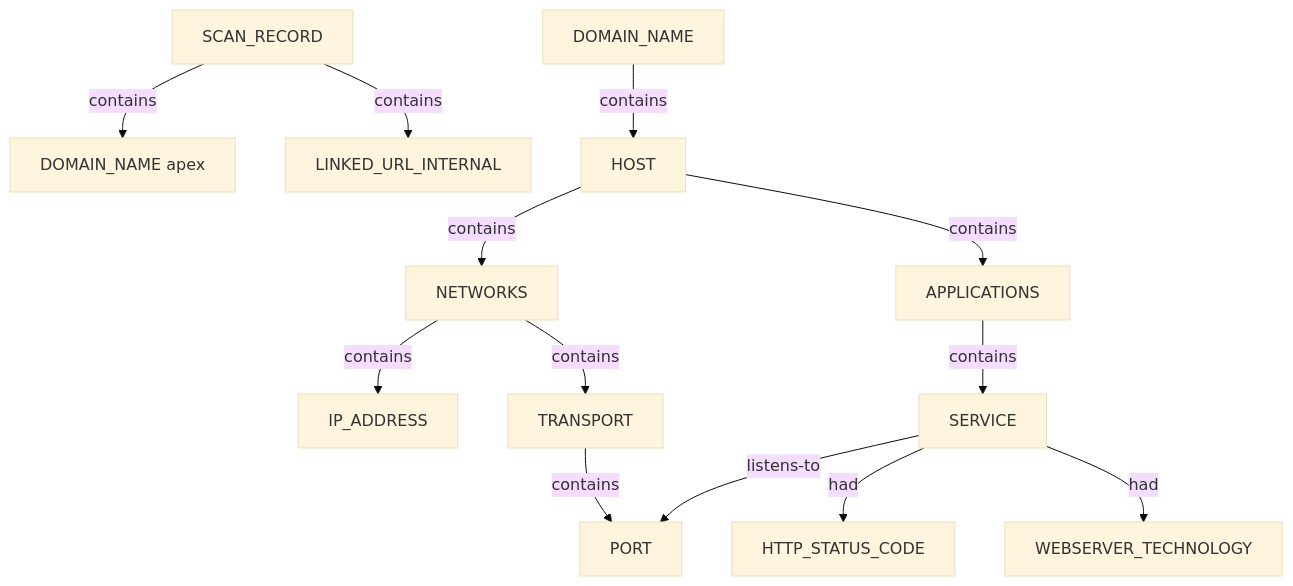
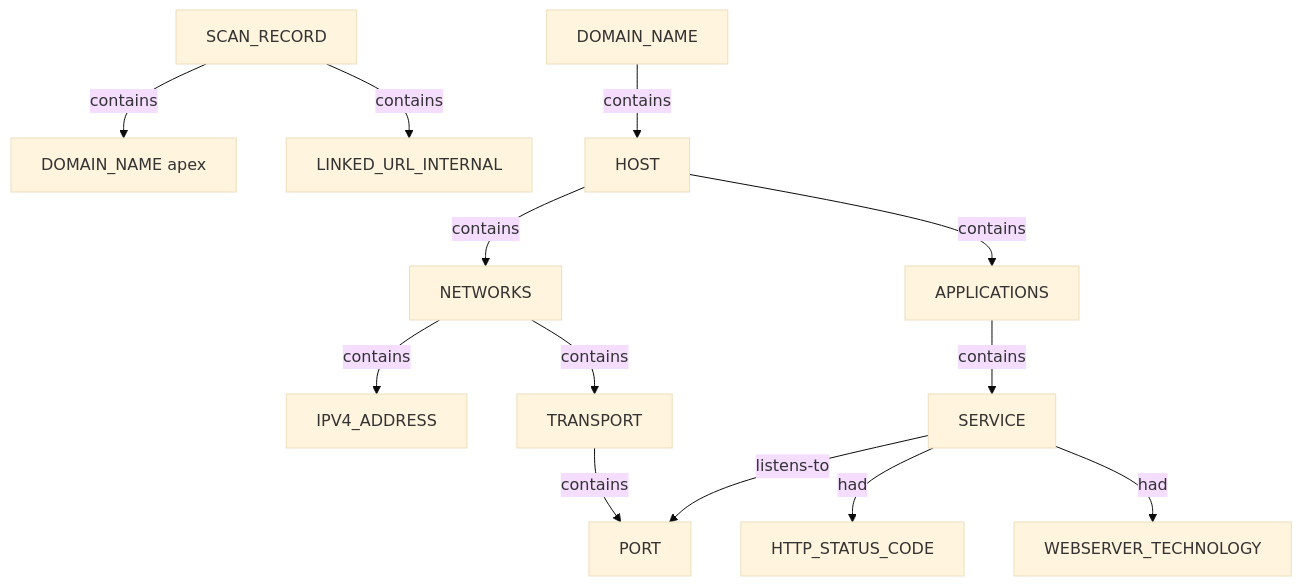
The third of 3 diagrams in modules_v2/content/httpx/graph_structure.md (brettforbes/spiderfeet), drawn with Mermaid (base theme) before and after one commit. The commit also changed other lines of this file and 170 other files, not shown here.

````diff
--- a/modules_v2/content/httpx/graph_structure.md
+++ b/modules_v2/content/httpx/graph_structure.md
@@ -67,28 +67,28 @@
 ```mermaid
 flowchart TD
   scan_record_1["SCAN_RECORD"]
   domain_name_2["DOMAIN_NAME apex"]
   linked_url_internal_3["LINKED_URL_INTERNAL"]
   domain_name_4["DOMAIN_NAME"]
   host_5["HOST"]
   networks_6["NETWORKS"]
-  ip_address_7["IP_ADDRESS"]
+  ip_address_7["IPV4_ADDRESS"]
   transport_8["TRANSPORT"]
   port_9["PORT"]
   applications_10["APPLICATIONS"]
   service_11["SERVICE"]
   http_status_code_12["HTTP_STATUS_CODE"]
   webserver_technology_13["WEBSERVER_TECHNOLOGY"]
   scan_record_1 -->|contains| domain_name_2
   scan_record_1 -->|contains| linked_url_internal_3
   domain_name_4 -->|contains| host_5
   host_5 -->|contains| networks_6
   networks_6 -->|contains| ip_address_7
   networks_6 -->|contains| transport_8
   transport_8 -->|contains| port_9
   host_5 -->|contains| applications_10
   applications_10 -->|contains| service_11
   service_11 -->|listens-to| port_9
   service_11 -->|had| http_status_code_12
   service_11 -->|had| webserver_technology_13
 ```
````
